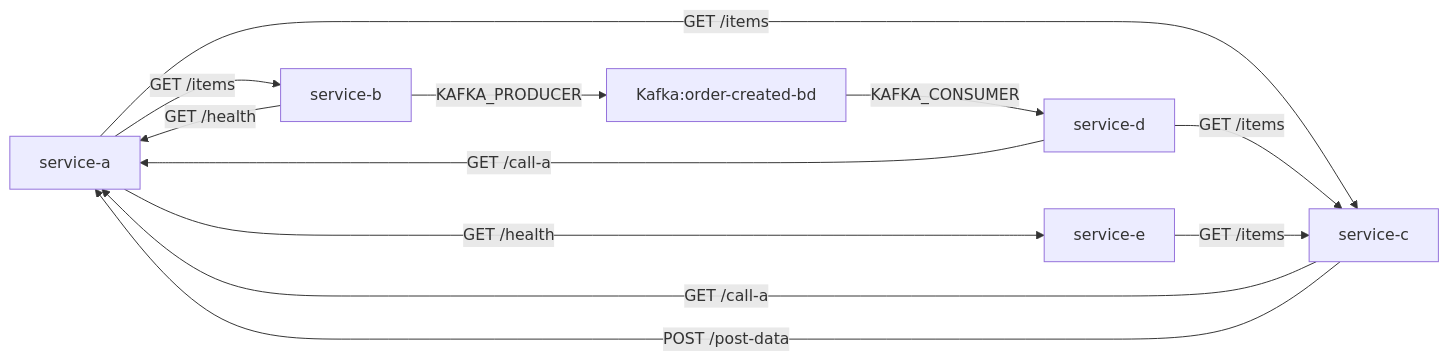
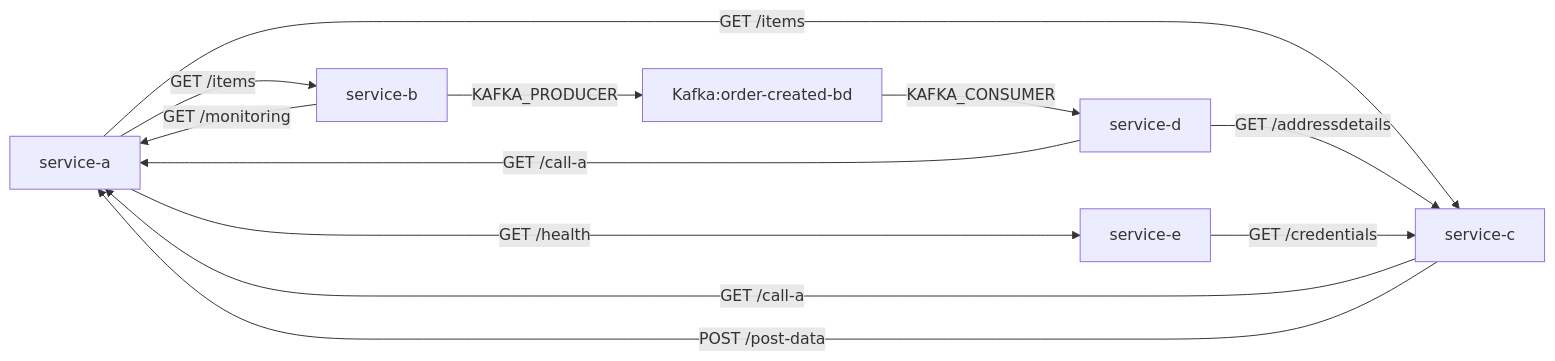
The diagram in output/deps.md (lokesh0507/First_project), drawn with Mermaid before and after one commit. The commit also changed 30 other files, not shown here.

````diff
--- a/output/deps.md
+++ b/output/deps.md
@@ -1,14 +1,14 @@
 ```mermaid
 graph LR
   service-a -->|GET /items| service-b
   service-a -->|GET /items| service-c
   service-a -->|GET /health| service-e
-  service-b -->|GET /health| service-a
+  service-b -->|GET /monitoring| service-a
   service-b -->|KAFKA_PRODUCER| Kafka:order-created-bd
   service-c -->|GET /call-a| service-a
   service-c -->|POST /post-data| service-a
   service-d -->|GET /call-a| service-a
-  service-d -->|GET /items| service-c
+  service-d -->|GET /addressdetails| service-c
   Kafka:order-created-bd -->|KAFKA_CONSUMER| service-d
-  service-e -->|GET /items| service-c
+  service-e -->|GET /credentials| service-c
 ```
````
